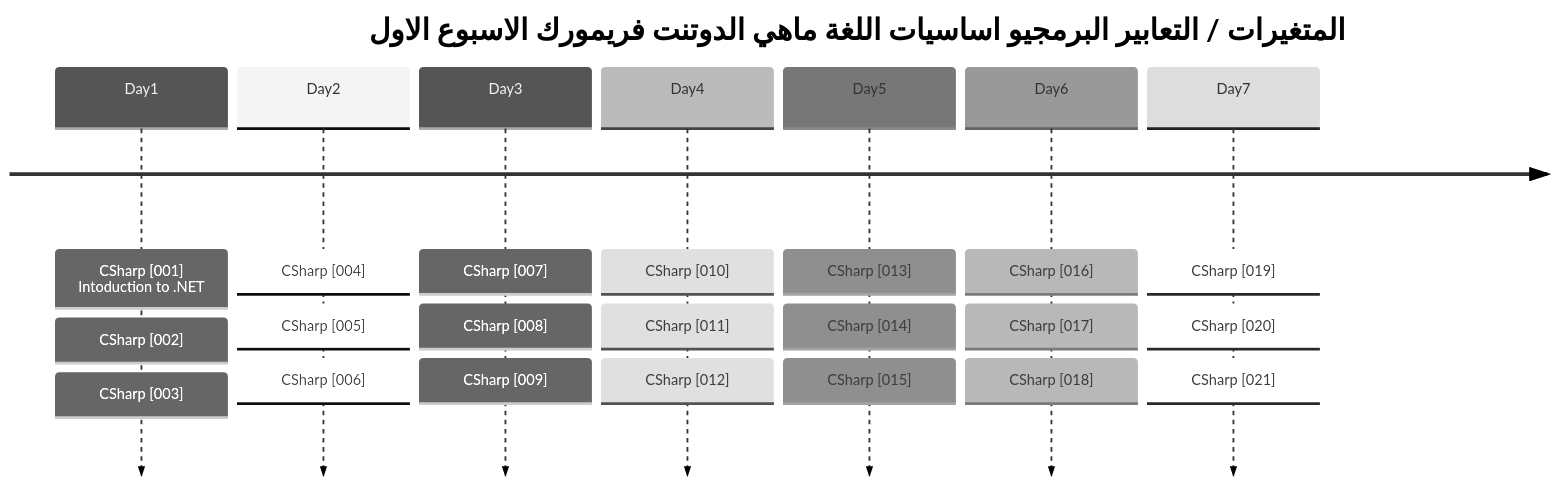
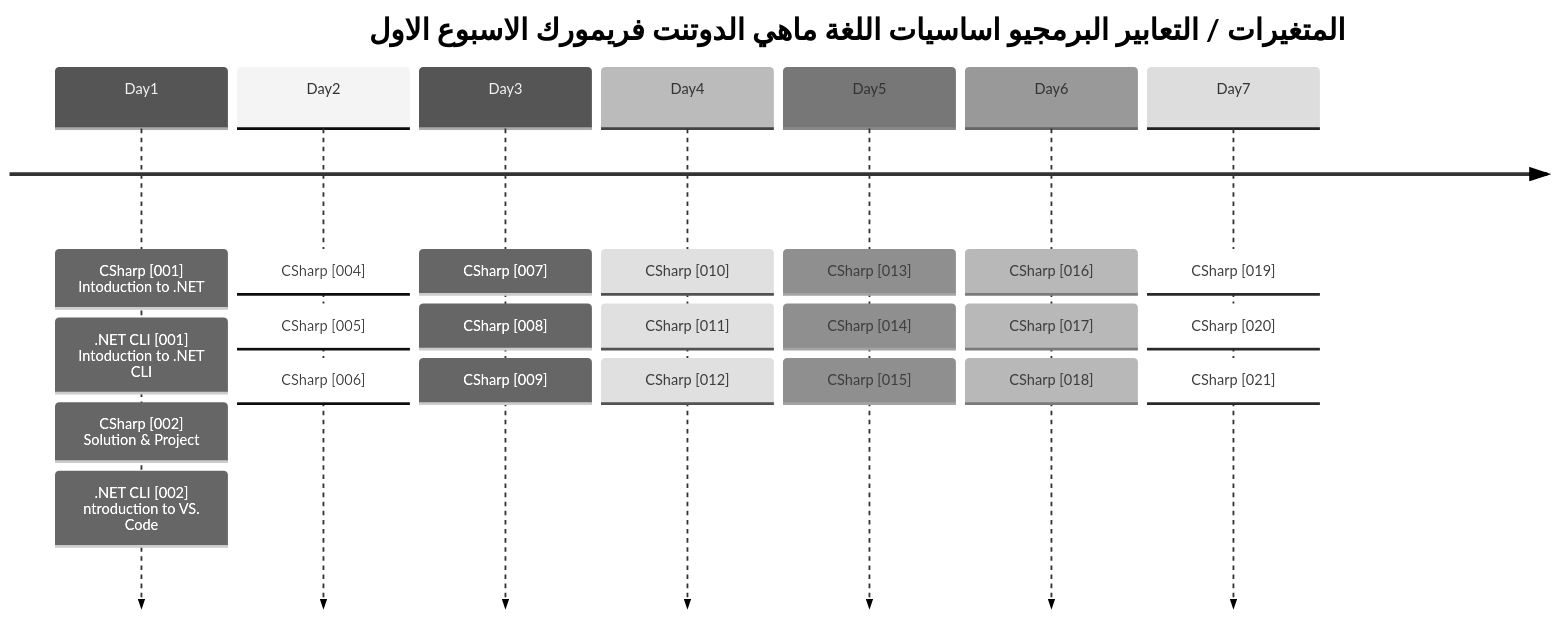
One commit to metigator/Roadmap changed the first of 3 diagrams in README.md. Above: the diagram before and after it, drawn with Mermaid (neutral theme).

````diff
--- a/README.md
+++ b/README.md
@@ -1,25 +1,27 @@
 ```mermaid
 timeline
     title  المتغيرات / التعابير البرمجيو اساسيات اللغة ماهي الدوتنت فريمورك  الاسبوع الاول 
     Day1 : CSharp [001] Intoduction to .NET
-         : CSharp [002] 
-         : CSharp [003] 
+         : .NET CLI [001] Intoduction to .NET CLI
+         : CSharp [002] Solution & Project
+         : .NET CLI [002] ntroduction to VS. Code
+ 
     Day2 : CSharp [004]
-         : CSharp [005]
+         : CSharp [005] 
          : CSharp [006] 
     Day3 : CSharp [007]
          : CSharp [008]
          : CSharp [009] 
     Day4 : CSharp [010]
          : CSharp [011]
          : CSharp [012] 
     Day5 : CSharp [013]
          : CSharp [014]
          : CSharp [015] 
     Day6 : CSharp [016]
          : CSharp [017]
          : CSharp [018] 
     Day7 : CSharp [019]
          : CSharp [020]
          : CSharp [021] 
 ```
````
